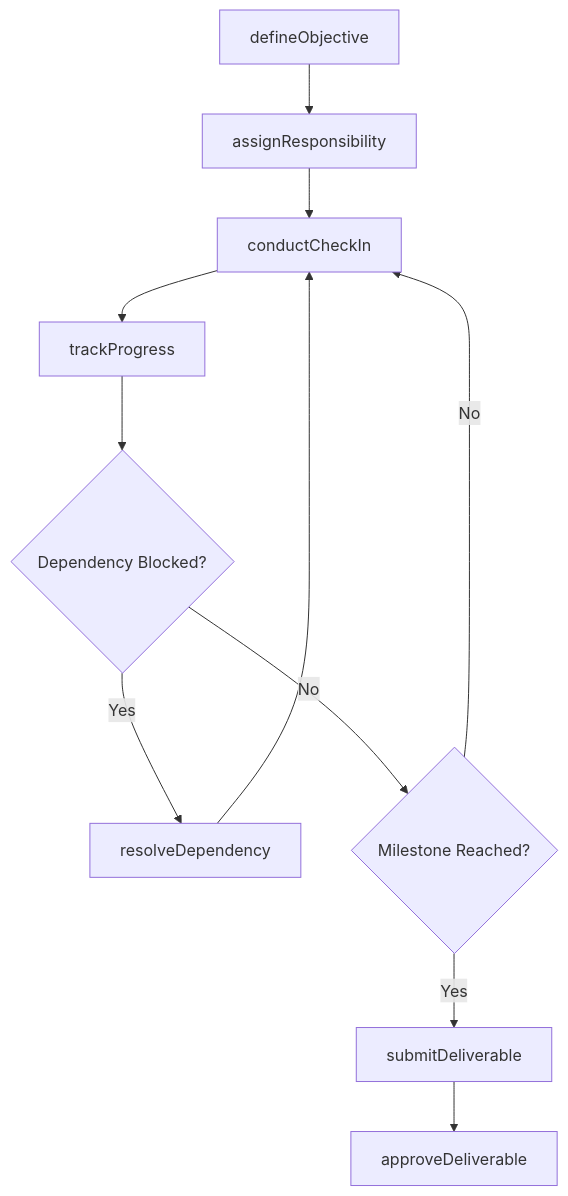
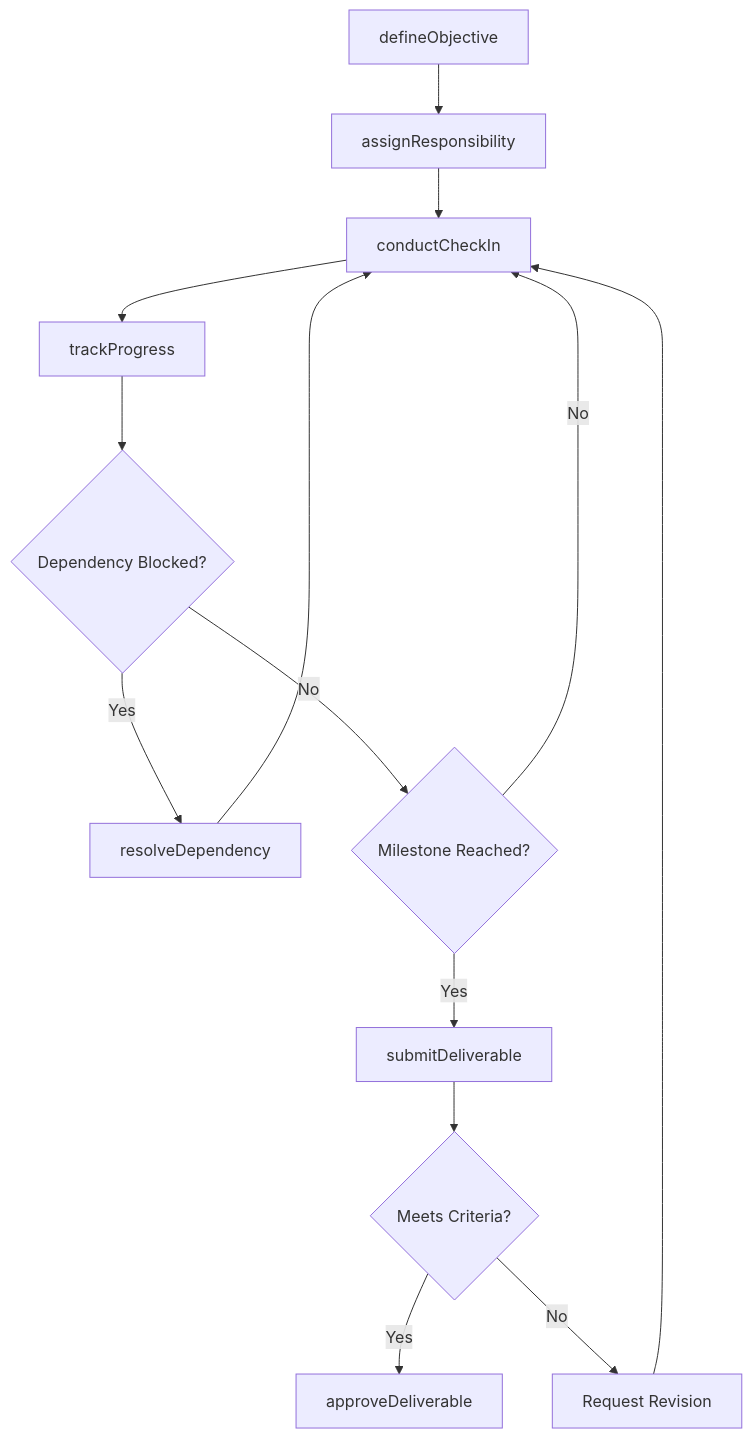
Before and after one commit to dot-org-ai/tasks.org.ai: the third of 4 diagrams in CommunicatingWithSupervisorsPeersOrSubordinates/CommunicateWithOthersAboutOperationalPlansOrActivities/ConferOrganizationalMembersAccomplishWork.mdx, drawn with Mermaid. The commit also changed other lines of this file and 71 other files, not shown here.

Commit message:
feat: Add ER diagrams, state diagrams to 72 more DWA task files (wave 2 continued)

````diff
--- a/CommunicatingWithSupervisorsPeersOrSubordinates/CommunicateWithOthersAboutOperationalPlansOrActivities/ConferOrganizationalMembersAccomplishWork.mdx
+++ b/CommunicatingWithSupervisorsPeersOrSubordinates/CommunicateWithOthersAboutOperationalPlansOrActivities/ConferOrganizationalMembersAccomplishWork.mdx
@@ -86,13 +115,16 @@
 ```mermaid
 graph TD
     A[defineObjective] --> B[assignResponsibility]
     B --> C[conductCheckIn]
     C --> D[trackProgress]
     D --> E{Dependency Blocked?}
     E -->|Yes| F[resolveDependency]
     E -->|No| G{Milestone Reached?}
     F --> C
     G -->|No| C
     G -->|Yes| H[submitDeliverable]
-    H --> I[approveDeliverable]
+    H --> I{Meets Criteria?}
+    I -->|Yes| J[approveDeliverable]
+    I -->|No| K[Request Revision]
+    K --> C
 ```
````
